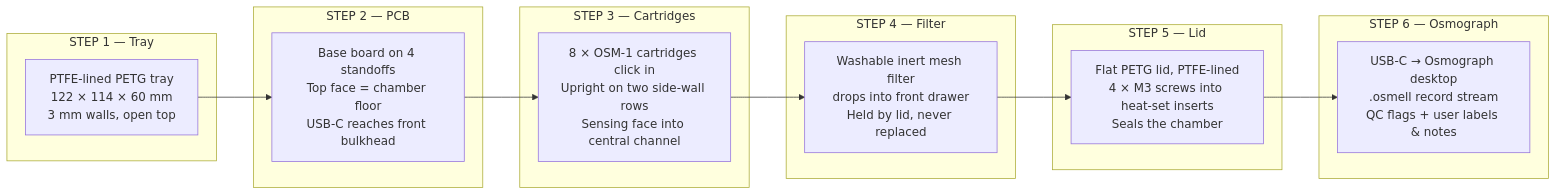
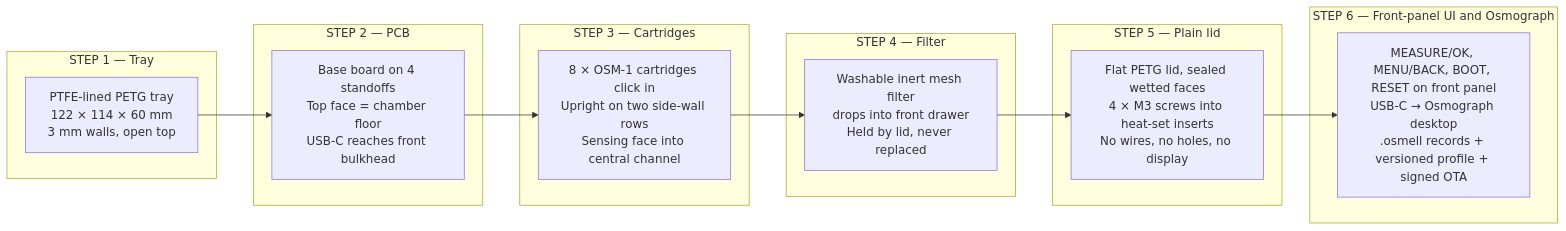
Before and after one commit to OpenSmell/smell-monitor: the diagram in README.md, drawn with Mermaid. The commit also changed other lines of this file and 99 other files, not shown here.

````diff
--- a/README.md
+++ b/README.md
@@ -84,28 +78,28 @@
 ```mermaid
 flowchart LR
     subgraph step1 ["STEP 1 — Tray"]
         T[PTFE-lined PETG tray<br/>122 × 114 × 60 mm<br/>3 mm walls, open top]
     end
 
     subgraph step2 ["STEP 2 — PCB"]
         P[Base board on 4 standoffs<br/>Top face = chamber floor<br/>USB-C reaches front bulkhead]
     end
 
     subgraph step3 ["STEP 3 — Cartridges"]
         C[8 × OSM-1 cartridges click in<br/>Upright on two side-wall rows<br/>Sensing face into central channel]
     end
 
     subgraph step4 ["STEP 4 — Filter"]
         F[Washable inert mesh filter<br/>drops into front drawer<br/>Held by lid, never replaced]
     end
 
-    subgraph step5 ["STEP 5 — Lid"]
-        L[Flat PETG lid, PTFE-lined<br/>4 × M3 screws into heat-set inserts<br/>Seals the chamber]
+    subgraph step5 ["STEP 5 — Plain lid"]
+        L[Flat PETG lid, sealed wetted faces<br/>4 × M3 screws into heat-set inserts<br/>No wires, no holes, no display]
     end
 
-    subgraph step6 ["STEP 6 — Osmograph"]
-        O[USB-C → Osmograph desktop<br/>.osmell record stream<br/>QC flags + user labels & notes]
+    subgraph step6 ["STEP 6 — Front-panel UI and Osmograph"]
+        O[MEASURE/OK, MENU/BACK, BOOT, RESET on front panel<br/>USB-C → Osmograph desktop<br/>.osmell records + versioned profile + signed OTA]
     end
 
     T --> P --> C --> F --> L --> O
 ```
````
